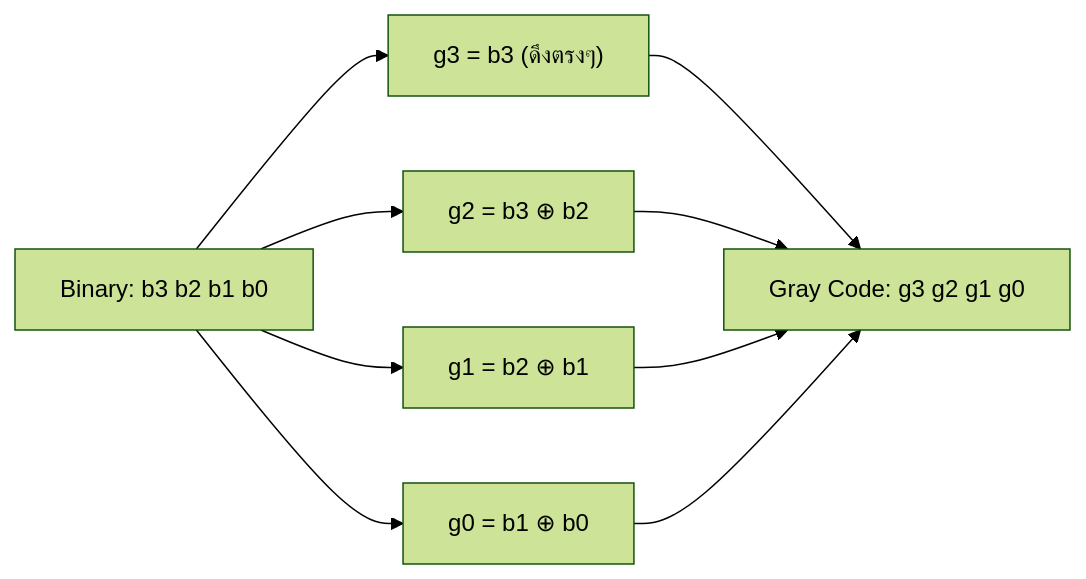
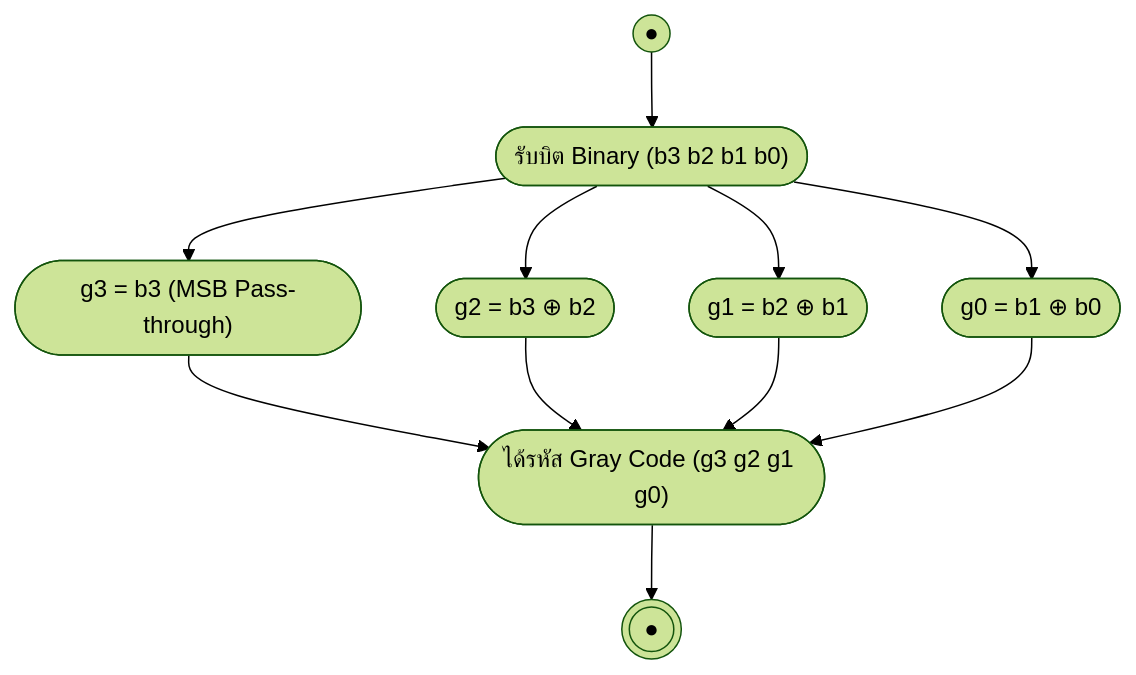
One commit to PhuriphatTyPeZ3r0/Course-1322201-Digital-Logic-Design-2026 changed the second of 3 diagrams in 01_Lectures/Week1/Excess3-Gray-Code.md. Above: the diagram before and after it, drawn with Mermaid (forest theme). The commit also changed other lines of this file and 18 other files, not shown here.

Commit message:
refactor: standardize diagrams to UML specifications across notes and templates

````diff
--- a/01_Lectures/Week1/Excess3-Gray-Code.md
+++ b/01_Lectures/Week1/Excess3-Gray-Code.md
@@ -56,9 +58,10 @@
 ```mermaid
-flowchart LR
-    B["Binary: b3 b2 b1 b0"]
-    B --> G3["g3 = b3 (ดึงตรงๆ)"]
-    B --> G2["g2 = b3 ⊕ b2"]
-    B --> G1["g1 = b2 ⊕ b1"]
-    B --> G0["g0 = b1 ⊕ b0"]
-    G3 & G2 & G1 & G0 --> Gray["Gray Code: g3 g2 g1 g0"]
+flowchart TD
+    Start((●)) --> B(["รับบิต Binary (b3 b2 b1 b0)"])
+    B --> G3(["g3 = b3 (MSB Pass-through)"])
+    B --> G2(["g2 = b3 ⊕ b2"])
+    B --> G1(["g1 = b2 ⊕ b1"])
+    B --> G0(["g0 = b1 ⊕ b0"])
+    G3 & G2 & G1 & G0 --> Gray(["ได้รหัส Gray Code (g3 g2 g1 g0)"])
+    Gray --> Stop(((●)))
 ```
````
